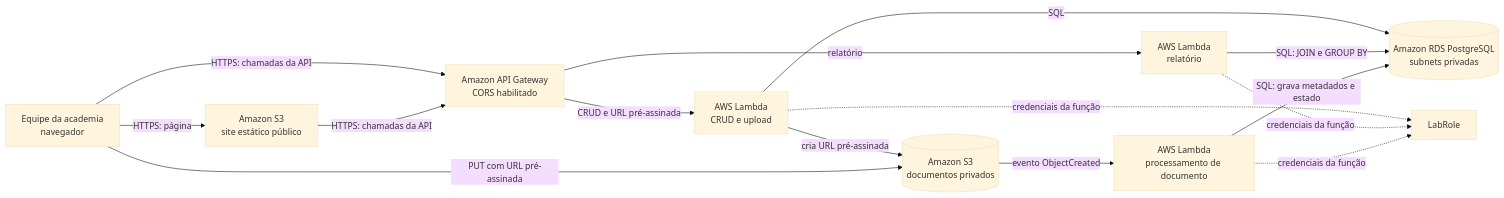
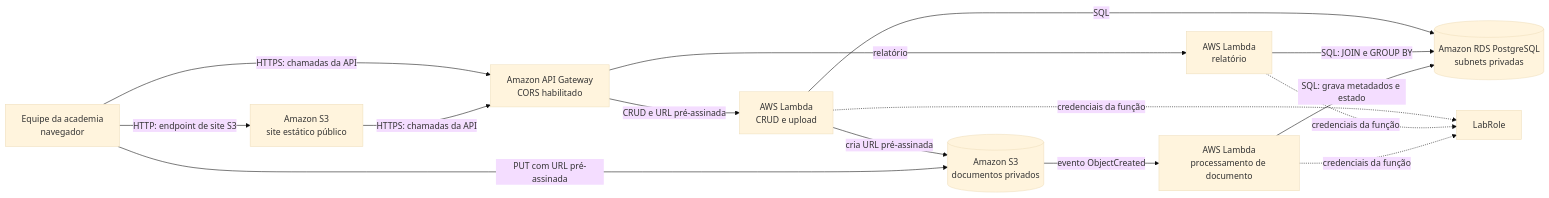
The first of 2 diagrams in specs/design.md (eduardocardozopirolo/aws2), drawn with Mermaid (base theme) before and after one commit. The commit also changed other lines of this file and 22 other files, not shown here.

````diff
--- a/specs/design.md
+++ b/specs/design.md
@@ -9,17 +27,17 @@
 ```mermaid
 flowchart LR
-    U[Equipe da academia<br/>navegador] -->|HTTPS: página| WEB[Amazon S3<br/>site estático público]
+    U[Equipe da academia<br/>navegador] -->|HTTP: endpoint de site S3| WEB[Amazon S3<br/>site estático público]
     U -->|HTTPS: chamadas da API| APIGW[Amazon API Gateway<br/>CORS habilitado]
     WEB -->|HTTPS: chamadas da API| APIGW
     APIGW -->|CRUD e URL pré-assinada| CRUD[AWS Lambda<br/>CRUD e upload]
     APIGW -->|relatório| REPORT[AWS Lambda<br/>relatório]
     CRUD -->|SQL| RDS[(Amazon RDS PostgreSQL<br/>subnets privadas)]
     REPORT -->|SQL: JOIN e GROUP BY| RDS
     CRUD -->|cria URL pré-assinada| BKT[(Amazon S3<br/>documentos privados)]
     U -->|PUT com URL pré-assinada| BKT
     BKT -->|evento ObjectCreated| PROCESS[AWS Lambda<br/>processamento de documento]
     PROCESS -->|SQL: grava metadados e estado| RDS
     CRUD -.->|credenciais da função| ROLE[LabRole]
     REPORT -.->|credenciais da função| ROLE
     PROCESS -.->|credenciais da função| ROLE
 ```
````
